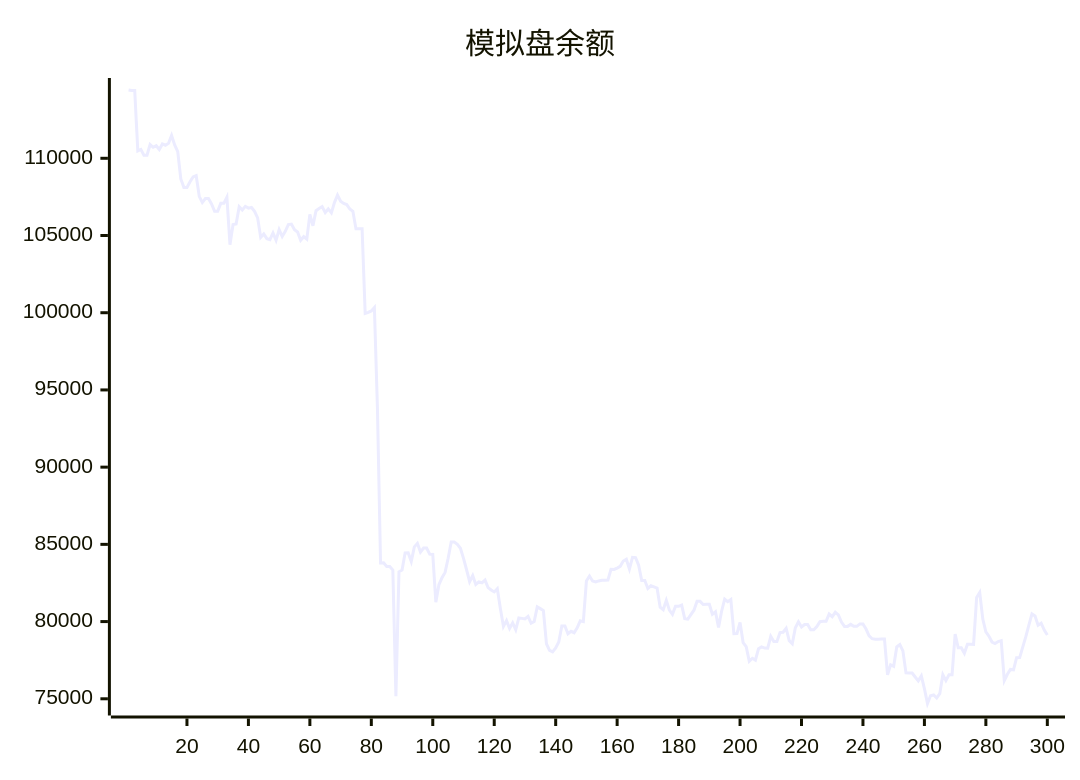
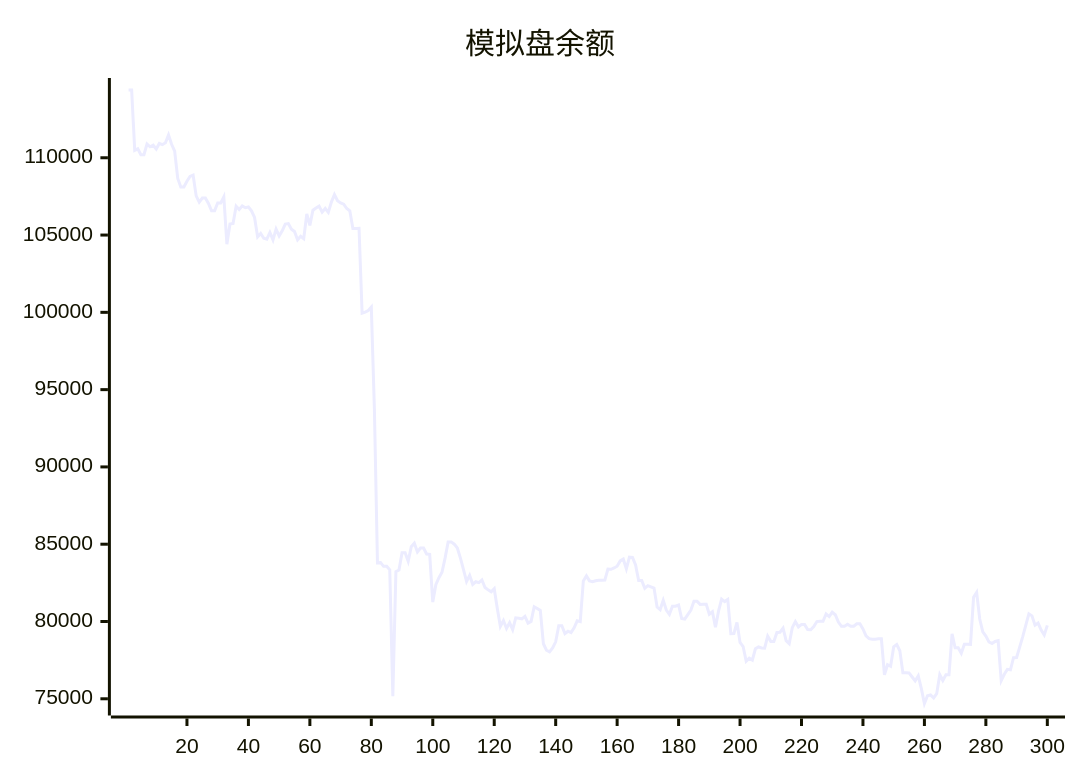
The diagram in README.md (aahl/ai-trading), drawn with Mermaid before and after one commit. The commit also changed other lines of this file and 1 other file, not shown here.

````diff
--- a/README.md
+++ b/README.md
@@ -5,5 +5,5 @@
 ```mermaid
 xychart
     title "模拟盘余额"
-    line [114422,114384,114384,110477,110576,110198,110198,110890,110712,110812,110569,110929,110847,110968,111478,110870,110433,108661,108116,108115,108485,108797,108877,107536,107134,107393,107393,107046,106565,106565,107081,107081,107478,104404,105715,105749,106866,106651,106889,106771,106816,106565,106141,104876,105103,104796,104734,105169,104690,105380,104941,105272,105709,105739,105374,105227,104691,104924,104762,106364,105628,106608,106748,106872,106485,106721,106468,107132,107620,107224,107080,107001,106717,106567,105431,105431,105440,99950,100017,100113,100337,93749,83795,83807,83567,83567,83342,75168,83222,83336,84448,84449,83896,84839,85065,84499,84757,84757,84364,84347,81254,82385,82835,83184,84099,85150,85150,85002,84751,84096,83356,82582,82983,82404,82572,82512,82688,82200,82047,81920,82125,80840,79688,80060,79552,79920,79470,80236,80208,80170,80336,79894,80006,80954,80837,80712,78561,78139,78037,78293,78682,79720,79720,79214,79372,79279,79591,80046,79993,82625,82950,82626,82571,82633,82670,82670,82681,83386,83378,83464,83579,83920,84037,83402,84160,84142,83652,82655,82655,82145,82315,82243,82163,80934,80770,81371,80742,80468,80989,80989,81067,80191,80155,80450,80737,81309,81309,81106,81119,81119,80471,80631,79624,80670,81448,81290,81429,79212,79222,79940,78643,78380,77432,77623,77504,78235,78358,78284,78277,79048,78714,78714,79290,79308,79567,78763,78563,79603,79988,79652,79813,79813,79476,79469,79673,79995,80015,80015,80486,80314,80600,80436,79966,79689,79689,79819,79692,79692,79850,79850,79518,79071,78889,78850,78850,78878,78878,76554,77202,77103,78357,78510,78106,76678,76677,76672,76411,76159,76485,75656,74695,75197,75246,75052,75334,76564,76179,76553,76551,79196,78300,78300,77944,78531,78531,78521,81564,81884,80160,79335,79055,78675,78580,78708,78764,76179,76586,76902,76876,77658,77669,78346,79023,79769,80497,80366,79761,79896,79448,79126]
+    line [114384,114384,110477,110576,110198,110198,110890,110712,110812,110569,110929,110847,110968,111478,110870,110433,108661,108116,108115,108485,108797,108877,107536,107134,107393,107393,107046,106565,106565,107081,107081,107478,104404,105715,105749,106866,106651,106889,106771,106816,106565,106141,104876,105103,104796,104734,105169,104690,105380,104941,105272,105709,105739,105374,105227,104691,104924,104762,106364,105628,106608,106748,106872,106485,106721,106468,107132,107620,107224,107080,107001,106717,106567,105431,105431,105440,99950,100017,100113,100337,93749,83795,83807,83567,83567,83342,75168,83222,83336,84448,84449,83896,84839,85065,84499,84757,84757,84364,84347,81254,82385,82835,83184,84099,85150,85150,85002,84751,84096,83356,82582,82983,82404,82572,82512,82688,82200,82047,81920,82125,80840,79688,80060,79552,79920,79470,80236,80208,80170,80336,79894,80006,80954,80837,80712,78561,78139,78037,78293,78682,79720,79720,79214,79372,79279,79591,80046,79993,82625,82950,82626,82571,82633,82670,82670,82681,83386,83378,83464,83579,83920,84037,83402,84160,84142,83652,82655,82655,82145,82315,82243,82163,80934,80770,81371,80742,80468,80989,80989,81067,80191,80155,80450,80737,81309,81309,81106,81119,81119,80471,80631,79624,80670,81448,81290,81429,79212,79222,79940,78643,78380,77432,77623,77504,78235,78358,78284,78277,79048,78714,78714,79290,79308,79567,78763,78563,79603,79988,79652,79813,79813,79476,79469,79673,79995,80015,80015,80486,80314,80600,80436,79966,79689,79689,79819,79692,79692,79850,79850,79518,79071,78889,78850,78850,78878,78878,76554,77202,77103,78357,78510,78106,76678,76677,76672,76411,76159,76485,75656,74695,75197,75246,75052,75334,76564,76179,76553,76551,79196,78300,78300,77944,78531,78531,78521,81564,81884,80160,79335,79055,78675,78580,78708,78764,76179,76586,76902,76876,77658,77669,78346,79023,79769,80497,80366,79761,79896,79448,79126,79749]
 ```
````
